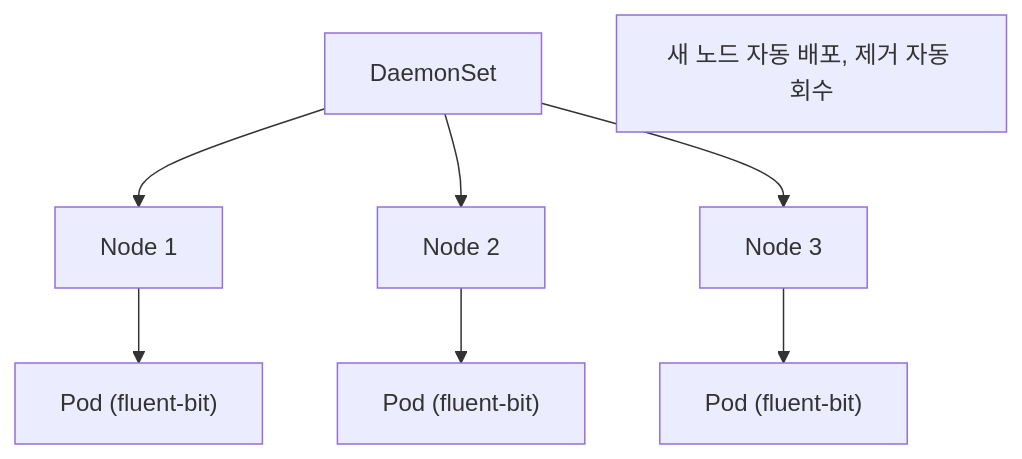
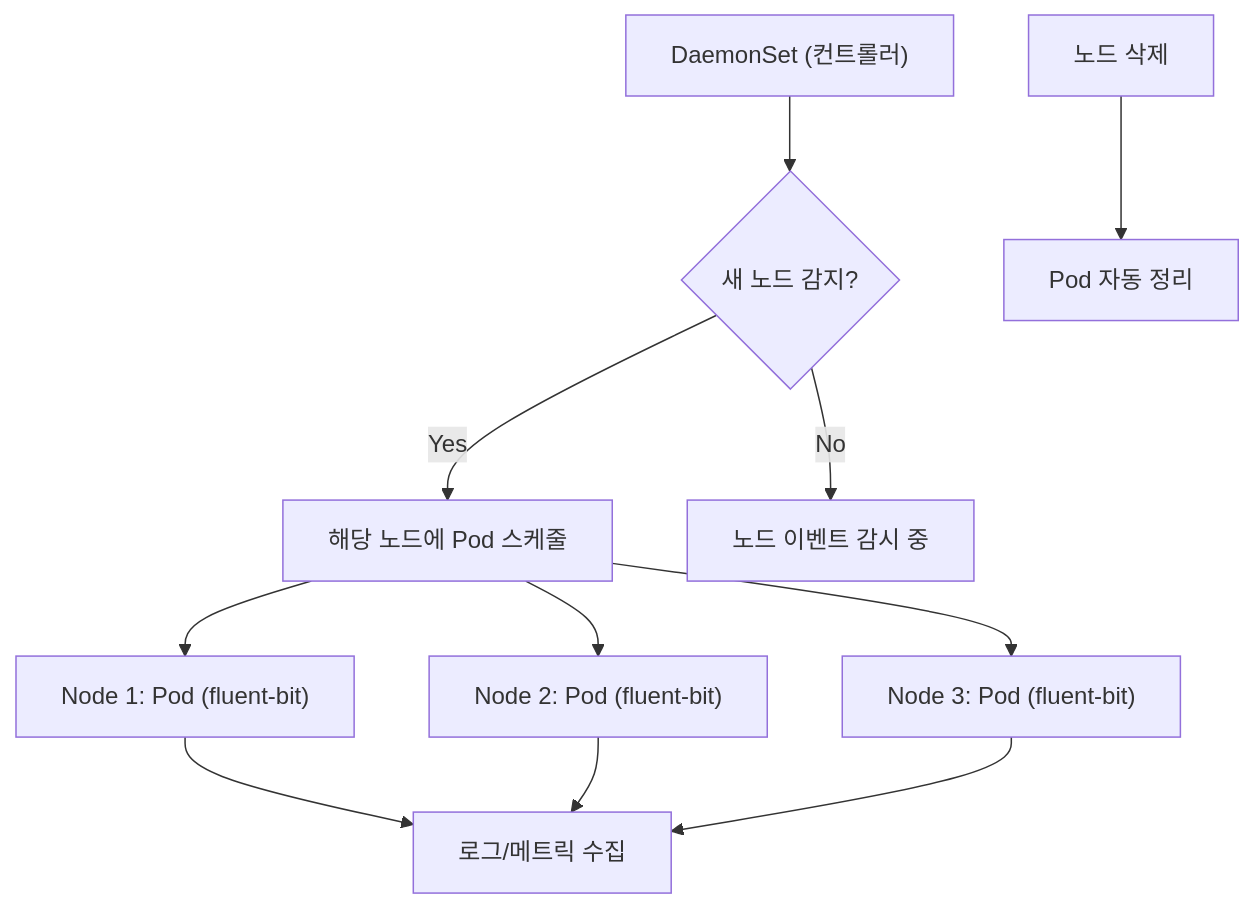
The first of 3 diagrams in src/content/wiki/kubernetes/k8s-daemonset.mdx (shinkeonkim/shinkeonkim.github.io), drawn with Mermaid before and after one commit. The commit also changed other lines of this file and 526 other files, not shown here.

First line of the commit message:
content(wiki): 전수조사 및 대규모 보강 (짧은 파일 0, mermaid +645)

````diff
--- a/src/content/wiki/kubernetes/k8s-daemonset.mdx
+++ b/src/content/wiki/kubernetes/k8s-daemonset.mdx
@@ -61,10 +42,11 @@
 ```mermaid
 flowchart TB
-    DS[DaemonSet] --> Node1[Node 1]
-    DS --> Node2[Node 2]
-    DS --> Node3[Node 3]
-    Node1 --> P1["Pod (fluent-bit)"]
-    Node2 --> P2["Pod (fluent-bit)"]
-    Node3 --> P3["Pod (fluent-bit)"]
-    Note["새 노드 자동 배포, 제거 자동 회수"]
+    DS["DaemonSet (컨트롤러)"] --> Check{"새 노드 감지?"}
+    Check -->|"Yes"| Schedule["해당 노드에 Pod 스케줄"]
+    Check -->|"No"| Watch["노드 이벤트 감시 중"]
+    Schedule --> P1["Node 1: Pod (fluent-bit)"]
+    Schedule --> P2["Node 2: Pod (fluent-bit)"]
+    Schedule --> P3["Node 3: Pod (fluent-bit)"]
+    P1 & P2 & P3 --> Log["로그/메트릭 수집"]
+    NodeDel["노드 삭제"] --> Clean["Pod 자동 정리"]
 ```
````
